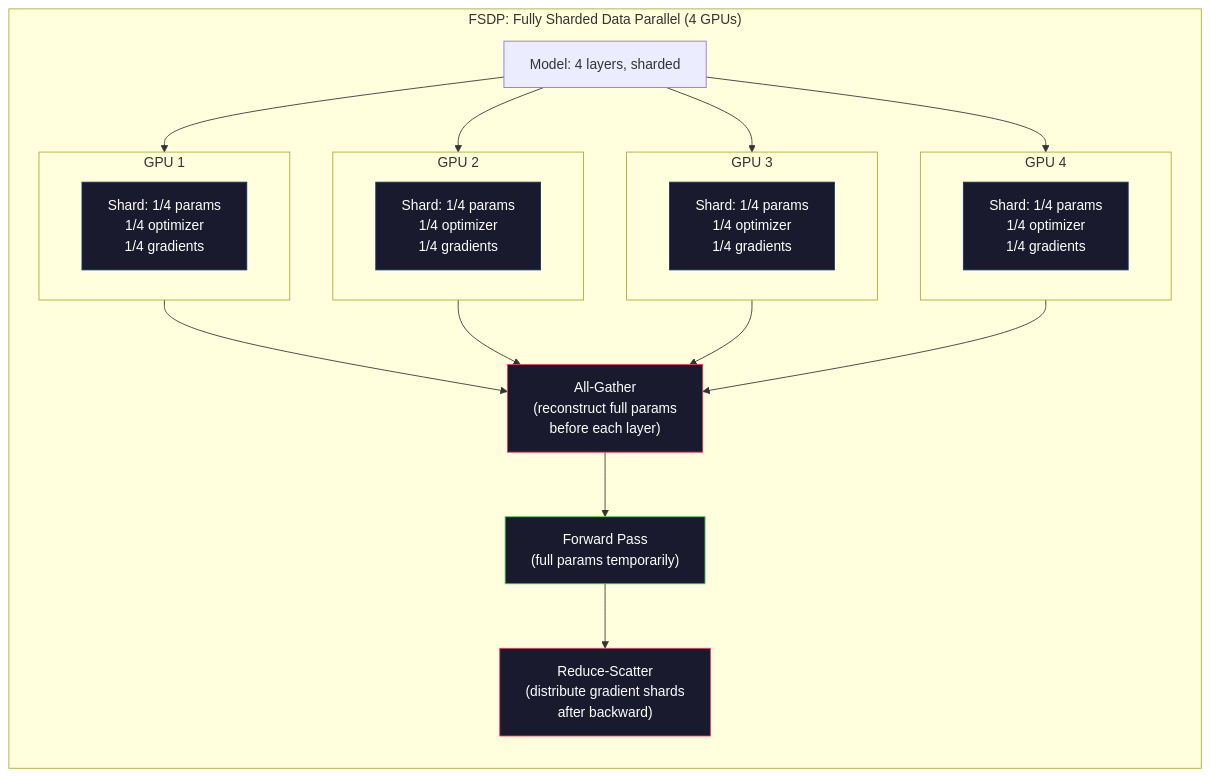
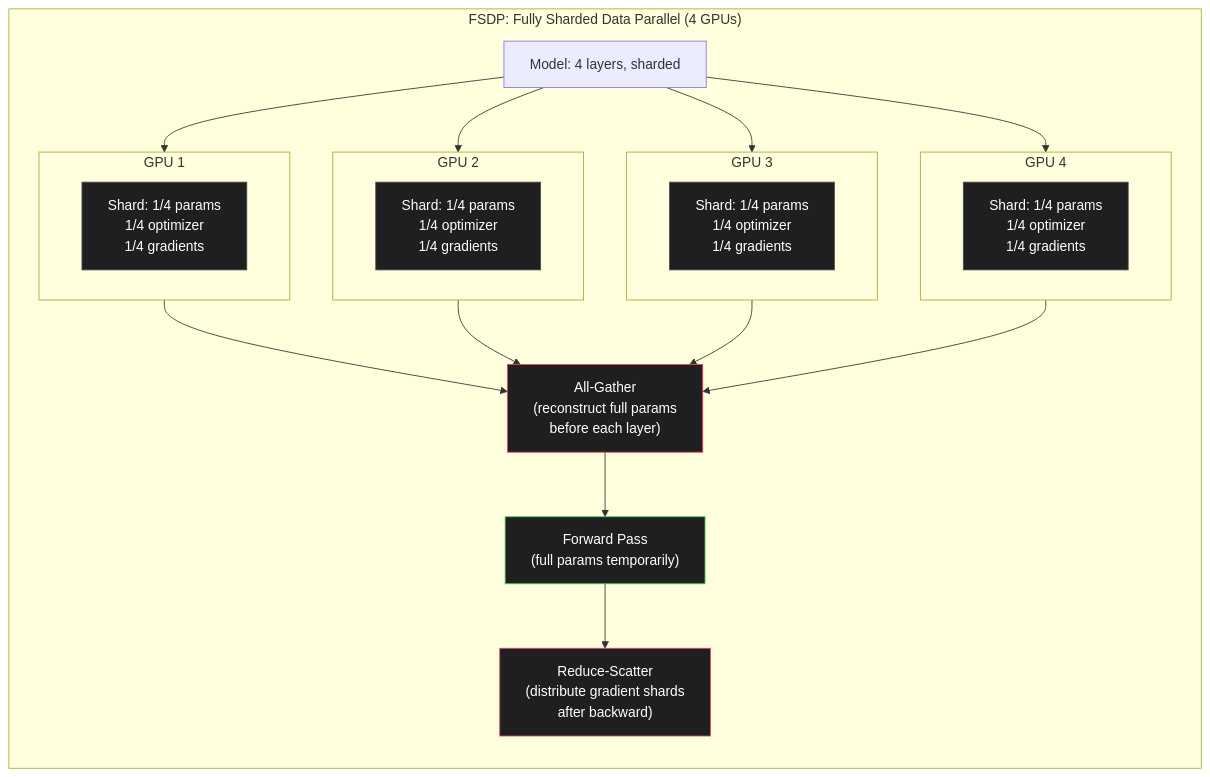
One commit to SystemaOps/ai-engineering-Systemaops changed the second of 3 diagrams in phases/10-llms-from-scratch/05-scaling-distributed/docs/en.md. Above: the diagram before and after it, drawn with Mermaid. The commit also changed other lines of this file and 28 other files, not shown here.

````diff
--- a/phases/10-llms-from-scratch/05-scaling-distributed/docs/en.md
+++ b/phases/10-llms-from-scratch/05-scaling-distributed/docs/en.md
@@ -123,43 +123,43 @@
 ```mermaid
 graph TD
     subgraph FSDP["FSDP: Fully Sharded Data Parallel (4 GPUs)"]
         direction TB
         S["Model: 4 layers, sharded"]
 
         subgraph GPU1["GPU 1"]
             G1S["Shard: 1/4 params\n1/4 optimizer\n1/4 gradients"]
         end
         subgraph GPU2["GPU 2"]
             G2S["Shard: 1/4 params\n1/4 optimizer\n1/4 gradients"]
         end
         subgraph GPU3["GPU 3"]
             G3S["Shard: 1/4 params\n1/4 optimizer\n1/4 gradients"]
         end
         subgraph GPU4["GPU 4"]
             G4S["Shard: 1/4 params\n1/4 optimizer\n1/4 gradients"]
         end
 
         AG["All-Gather\n(reconstruct full params\nbefore each layer)"]
         FW["Forward Pass\n(full params temporarily)"]
         RS["Reduce-Scatter\n(distribute gradient shards\nafter backward)"]
 
         S --> GPU1
         S --> GPU2
         S --> GPU3
         S --> GPU4
         GPU1 --> AG
         GPU2 --> AG
         GPU3 --> AG
         GPU4 --> AG
         AG --> FW
         FW --> RS
     end
 
-    style G1S fill:#1a1a2e,stroke:#0f3460,color:#fff
-    style G2S fill:#1a1a2e,stroke:#0f3460,color:#fff
-    style G3S fill:#1a1a2e,stroke:#0f3460,color:#fff
-    style G4S fill:#1a1a2e,stroke:#0f3460,color:#fff
-    style AG fill:#1a1a2e,stroke:#e94560,color:#fff
-    style FW fill:#1a1a2e,stroke:#51cf66,color:#fff
-    style RS fill:#1a1a2e,stroke:#e94560,color:#fff
+    style G1S fill:#1f1f22,stroke:#4a4a50,color:#fff
+    style G2S fill:#1f1f22,stroke:#4a4a50,color:#fff
+    style G3S fill:#1f1f22,stroke:#4a4a50,color:#fff
+    style G4S fill:#1f1f22,stroke:#4a4a50,color:#fff
+    style AG fill:#1f1f22,stroke:#e94560,color:#fff
+    style FW fill:#1f1f22,stroke:#51cf66,color:#fff
+    style RS fill:#1f1f22,stroke:#e94560,color:#fff
 ```
````
